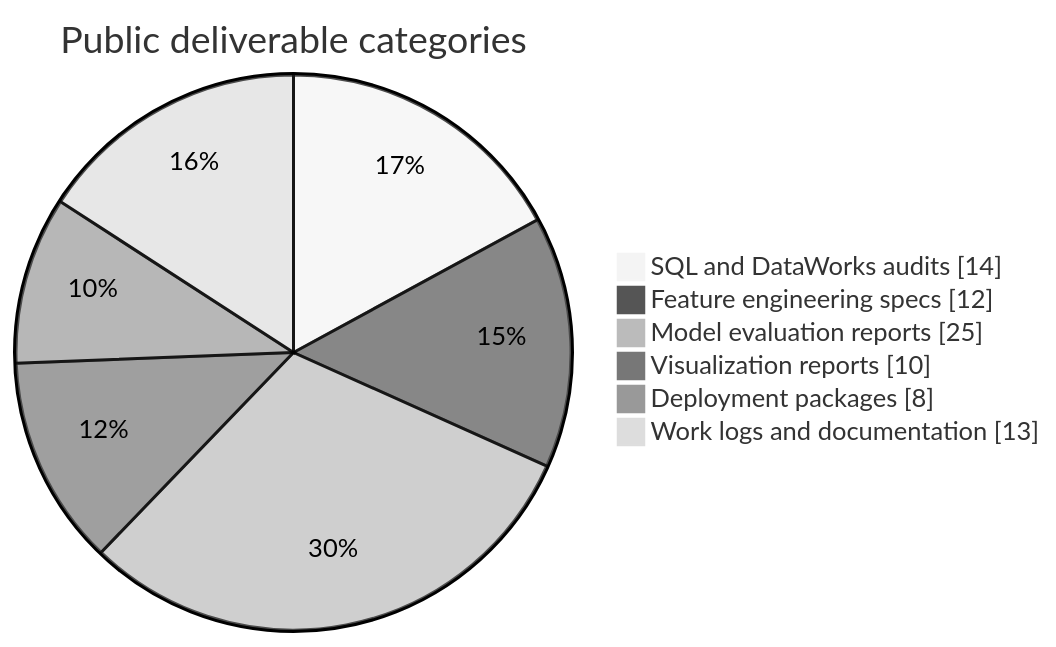
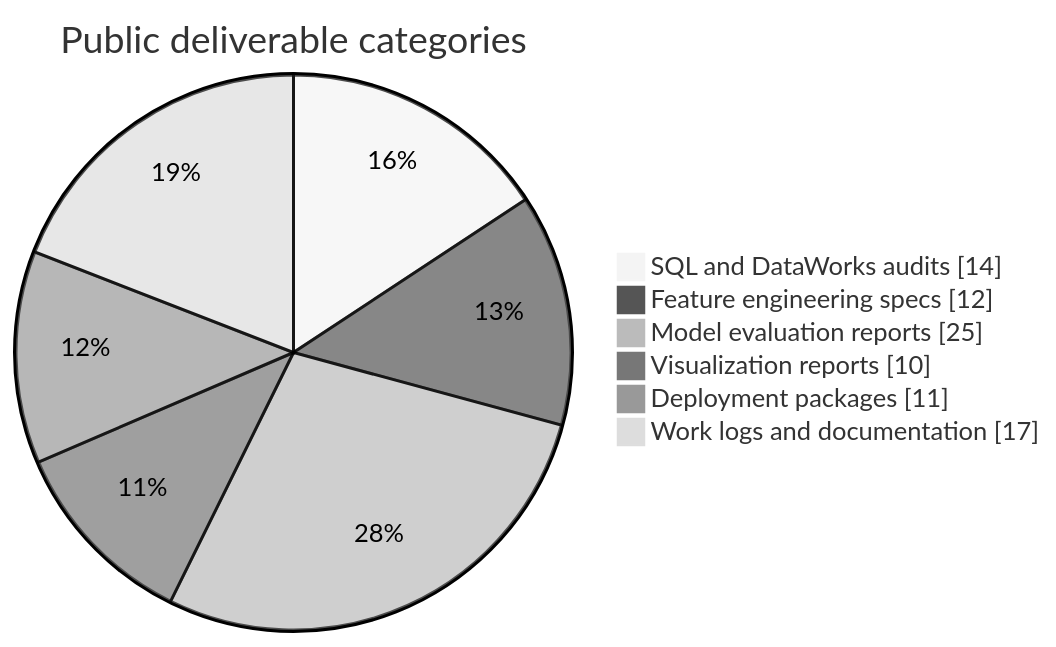
Before and after one commit to Wendy-James/Wendy-James: the second of 8 diagrams in docs/HUNGRY_STUDIO_VISUAL_SUMMARY.md, drawn with Mermaid (neutral theme). The commit also changed other lines of this file, not shown here.

````diff
--- a/docs/HUNGRY_STUDIO_VISUAL_SUMMARY.md
+++ b/docs/HUNGRY_STUDIO_VISUAL_SUMMARY.md
@@ -41,10 +43,10 @@
 ```mermaid
 pie showData
     title Public deliverable categories
     "SQL and DataWorks audits" : 14
     "Feature engineering specs" : 12
     "Model evaluation reports" : 25
     "Visualization reports" : 10
-    "Deployment packages" : 8
-    "Work logs and documentation" : 13
+    "Deployment packages" : 11
+    "Work logs and documentation" : 17
 ```
````
